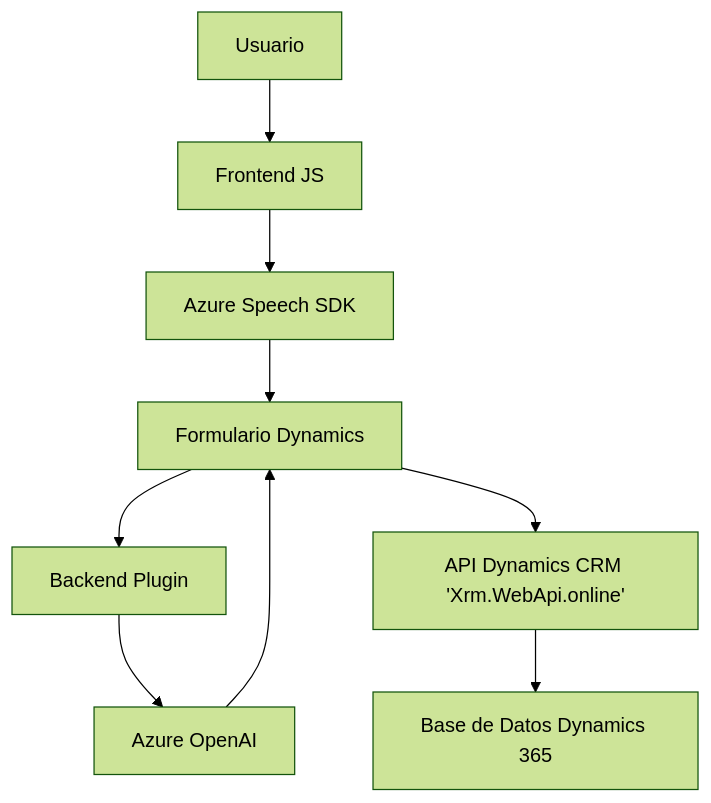
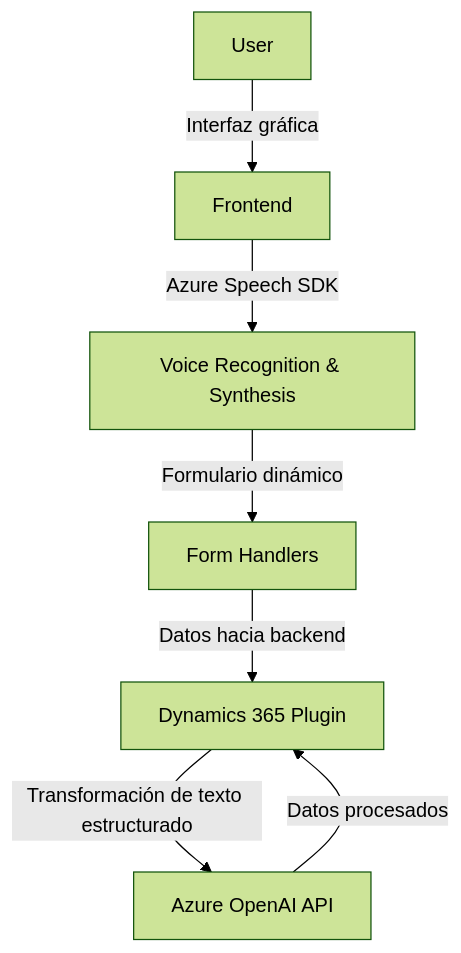
Before and after one commit to blopezdm/NETCORE_BILBAO2025: the diagram in README.md, drawn with Mermaid (forest theme). The commit also changed other lines of this file, not shown here.

````diff
--- a/README.md
+++ b/README.md
@@ -45,11 +36,9 @@
 ```mermaid
 graph TD
-    A[Usuario] --> B["Frontend JS"]
-    B --> C["Azure Speech SDK"]
-    C --> D["Formulario Dynamics"]
-    D --> E["Backend Plugin"]
-    D --> F["API Dynamics CRM 'Xrm.WebApi.online'"]
-    E --> G["Azure OpenAI"]
-    F --> H["Base de Datos Dynamics 365"]
-    G --> D
+    A["User"] -->|Interfaz gráfica| B["Frontend"]
+    B -->|Azure Speech SDK| C["Voice Recognition & Synthesis"]
+    C -->|Formulario dinámico| D["Form Handlers"]
+    D -->|Datos hacia backend| E["Dynamics 365 Plugin"]
+    E -->|Transformación de texto estructurado| F["Azure OpenAI API"]
+    F -->|Datos procesados| E
 ```
````
